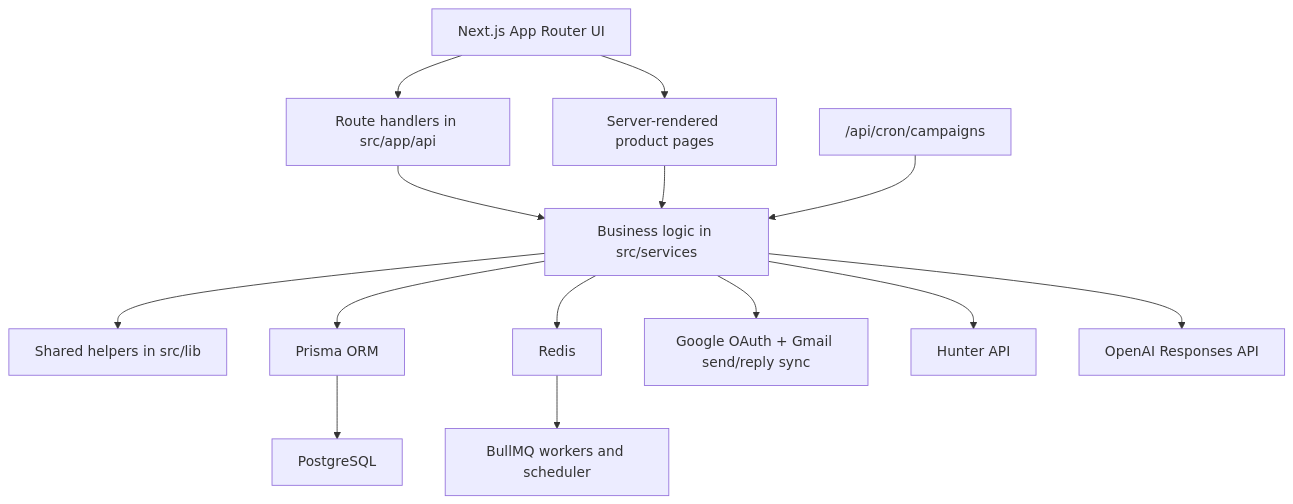
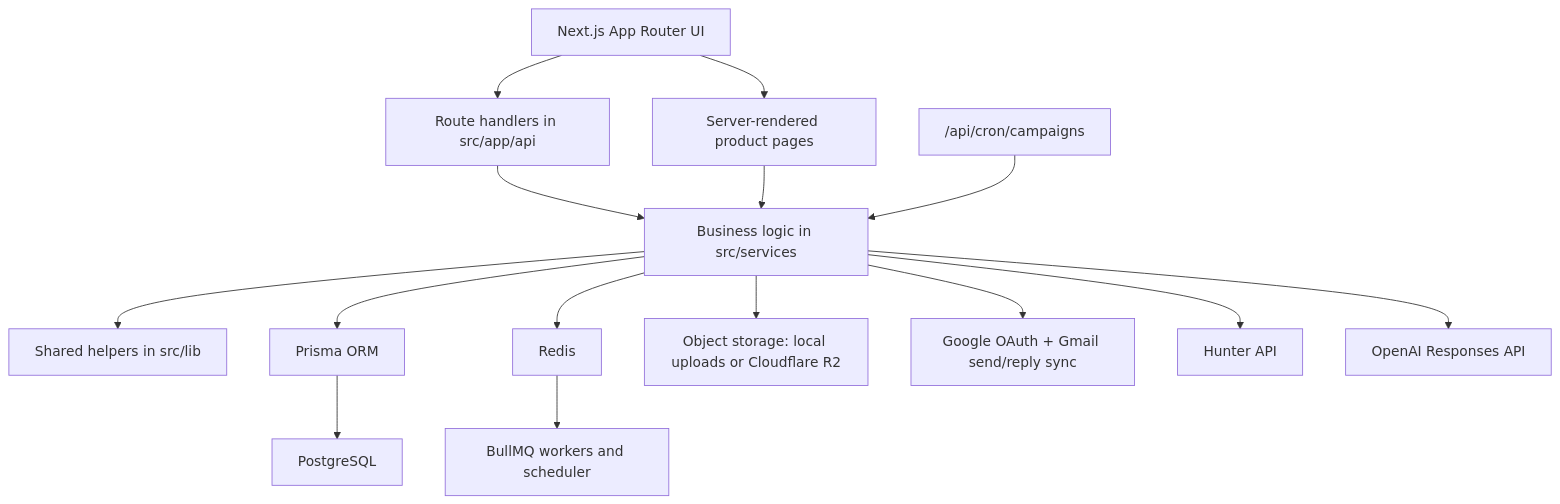
Before and after one commit to ka8540/Sendloom: the second of 2 diagrams in README.md, drawn with Mermaid. The commit also changed other lines of this file and 12 other files, not shown here.

Commit message:
Add Cloudflare R2 storage support

````diff
--- a/README.md
+++ b/README.md
@@ -146,16 +146,17 @@
 ```mermaid
 flowchart TD
     UI["Next.js App Router UI"] --> API["Route handlers in src/app/api"]
     UI --> SSR["Server-rendered product pages"]
     API --> Services["Business logic in src/services"]
     SSR --> Services
     Services --> Lib["Shared helpers in src/lib"]
     Services --> Prisma["Prisma ORM"]
     Prisma --> Postgres["PostgreSQL"]
     Services --> Redis["Redis"]
     Redis --> Workers["BullMQ workers and scheduler"]
+    Services --> Storage["Object storage: local uploads or Cloudflare R2"]
     Services --> Google["Google OAuth + Gmail send/reply sync"]
     Services --> Hunter["Hunter API"]
     Services --> OpenAI["OpenAI Responses API"]
     Cron["/api/cron/campaigns"] --> Services
 ```
````
